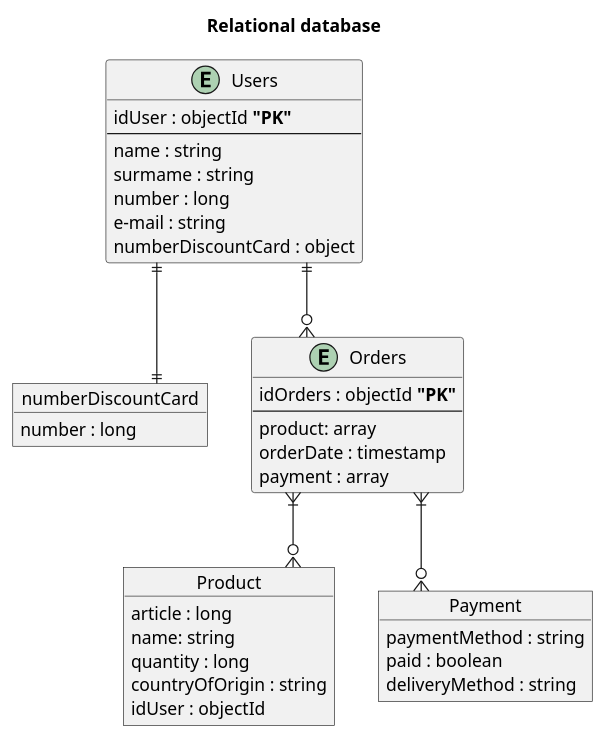
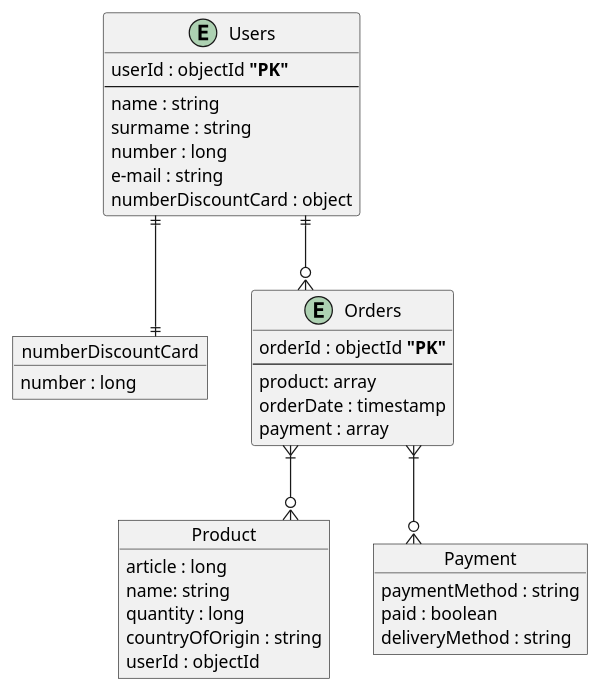
Before and after one commit to Ksenia530/Solodovnik_analytics_practice: the diagram in NoSQLDb.puml, drawn with PlantUML. The commit also changed 3 other files, not shown here.

```diff
--- a/NoSQLDb.puml
+++ b/NoSQLDb.puml
@@ -1,42 +1,42 @@
 @startuml
-title Relational database 
+
 skinparam linetype ortho
 
 entity "Users" as e01 {
-    idUser : objectId **"PK"**
+    userId : objectId **"PK"**
   --
   name : string
   surmame : string
   number : long
   e-mail : string
   numberDiscountCard : object 
 }
 object "numberDiscountCard" as e02 {
     
     number : long
 }
 
 entity "Orders" as e03 {
-  idOrders : objectId **"PK"**
+  orderId : objectId **"PK"**
   --
   product: array 
   orderDate : timestamp
   payment : array  
 }
 object "Product" as e04{
   article : long
   name: string
   quantity : long
   countryOfOrigin : string
-  idUser : objectId
+  userId : objectId
 }
 object "Payment" as e05{
   paymentMethod : string
   paid : boolean
   deliveryMethod : string
 }
 e01 ||--|| e02
 e03 }|--o{ e04
 e03 }|--o{ e05
 e01 ||--o{ e03
 @enduml
```
